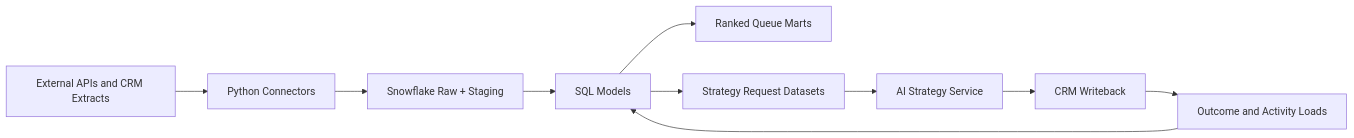
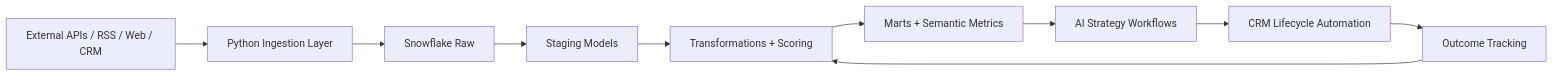
Before and after one commit to yghias/dealflow-ai-engine: the diagram in README.md, drawn with Mermaid. The commit also changed other lines of this file and 156 other files, not shown here.

````diff
--- a/README.md
+++ b/README.md
@@ -14,12 +37,12 @@
 ```mermaid
 flowchart LR
-    A["External APIs and CRM Extracts"] --> B["Python Connectors"]
-    B --> C["Snowflake Raw + Staging"]
-    C --> D["SQL Models"]
-    D --> E["Ranked Queue Marts"]
-    D --> F["Strategy Request Datasets"]
-    F --> G["AI Strategy Service"]
-    G --> H["CRM Writeback"]
-    H --> I["Outcome and Activity Loads"]
-    I --> D
+    A["External APIs / RSS / Web / CRM"] --> B["Python Ingestion Layer"]
+    B --> C["Snowflake Raw"]
+    C --> D["Staging Models"]
+    D --> E["Transformations + Scoring"]
+    E --> F["Marts + Semantic Metrics"]
+    F --> G["AI Strategy Workflows"]
+    G --> H["CRM Lifecycle Automation"]
+    H --> I["Outcome Tracking"]
+    I --> E
 ```
````
